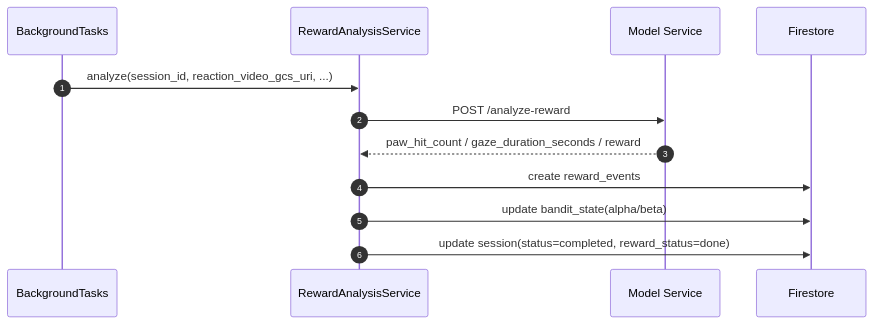
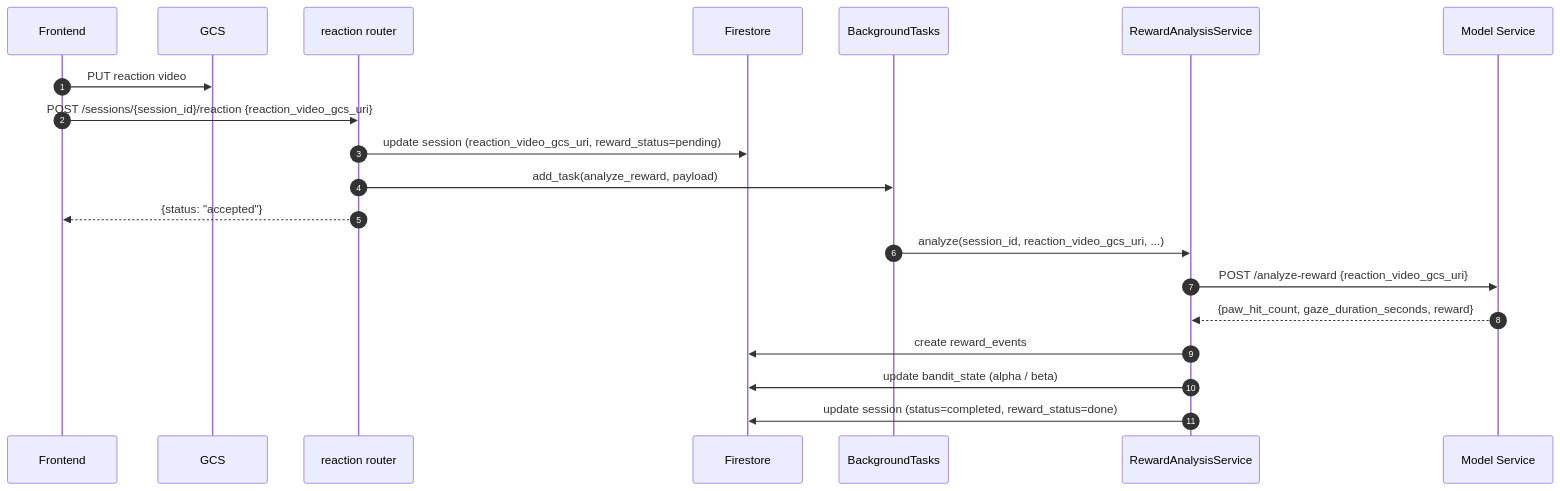
The fifth of 7 diagrams in docs/ja/Backend_Design.md (soy-sorce/tea-pillar), drawn with Mermaid before and after one commit. The commit also changed other lines of this file and 4 other files, not shown here.

````diff
--- a/docs/ja/Backend_Design.md
+++ b/docs/ja/Backend_Design.md
@@ -248,15 +236,24 @@
 ```mermaid
 sequenceDiagram
     autonumber
+    participant FE as Frontend
+    participant GCS as GCS
+    participant RR as reaction router
+    participant FS as Firestore
     participant BG as BackgroundTasks
     participant RAS as RewardAnalysisService
     participant MS as Model Service
-    participant FS as Firestore
+
+    FE->>GCS: PUT reaction video
+    FE->>RR: POST /sessions/{session_id}/reaction {reaction_video_gcs_uri}
+    RR->>FS: update session (reaction_video_gcs_uri, reward_status=pending)
+    RR->>BG: add_task(analyze_reward, payload)
+    RR-->>FE: {status: "accepted"}
 
     BG->>RAS: analyze(session_id, reaction_video_gcs_uri, ...)
-    RAS->>MS: POST /analyze-reward
-    MS-->>RAS: paw_hit_count / gaze_duration_seconds / reward
+    RAS->>MS: POST /analyze-reward {reaction_video_gcs_uri}
+    MS-->>RAS: {paw_hit_count, gaze_duration_seconds, reward}
     RAS->>FS: create reward_events
-    RAS->>FS: update bandit_state(alpha/beta)
-    RAS->>FS: update session(status=completed, reward_status=done)
+    RAS->>FS: update bandit_state (alpha / beta)
+    RAS->>FS: update session (status=completed, reward_status=done)
 ```
````
